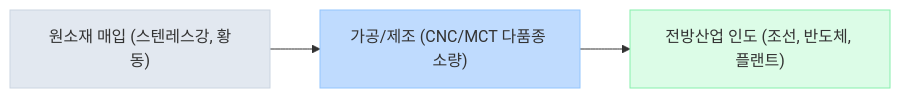
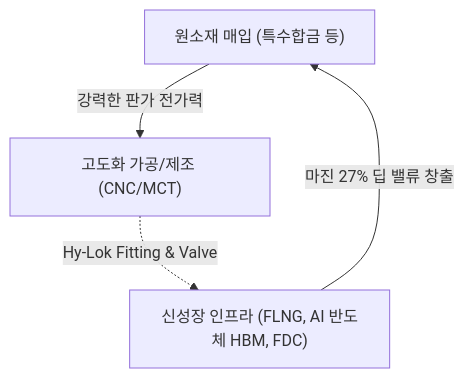
One commit to eve830521-cmd/my-skill changed the diagram in Stock_Research/하이록코리아/3_Final_Reports/Phase1_Report.md. Above: the diagram before and after it, drawn with Mermaid. The commit also changed other lines of this file and 115 other files, not shown here.

````diff
--- a/Stock_Research/하이록코리아/3_Final_Reports/Phase1_Report.md
+++ b/Stock_Research/하이록코리아/3_Final_Reports/Phase1_Report.md
@@ -13,9 +7,6 @@
 ```mermaid
-graph LR
-    A["원소재 매입 (스텐레스강, 황동)"] --> B["가공/제조 (CNC/MCT 다품종 소량)"]
-    B --> C["전방산업 인도 (조선, 반도체, 플랜트)"]
-    
-    style A fill:#e2e8f0,stroke:#cbd5e1
-    style B fill:#bfdbfe,stroke:#93c5fd
-    style C fill:#dcfce7,stroke:#86efac
+graph TD
+    A["원소재 매입 (특수합금 등)"] -->|"강력한 판가 전가력"| B["고도화 가공/제조 (CNC/MCT)"]
+    B -. "Hy-Lok Fitting & Valve" .-> C["신성장 인프라 (FLNG, AI 반도체 HBM, FDC)"]
+    C -->|"마진 27% 딥 밸류 창출"| A
 ```
````
